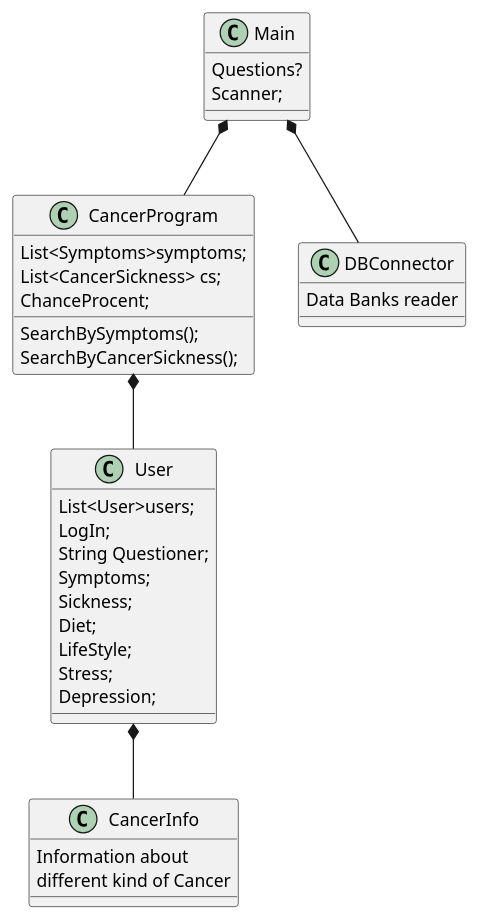
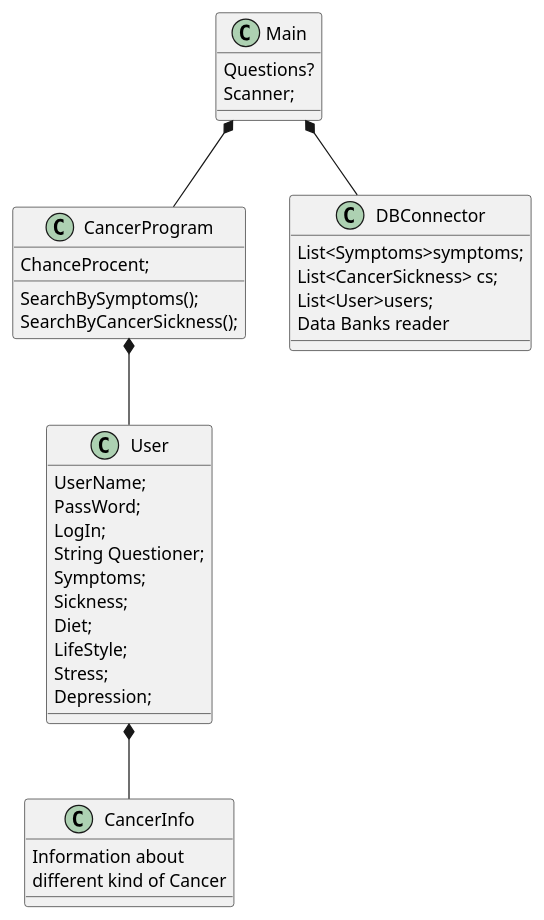
The diagram in src/ICE Gruppe F.puml (Fjumre/ICE-Gruppe-F), drawn with PlantUML before and after one commit.

Commit message:
Update ICE Gruppe F.puml

```diff
--- a/src/ICE Gruppe F.puml
+++ b/src/ICE Gruppe F.puml
@@ -1,46 +1,49 @@
 @startuml
 'https://plantuml.com/sequence-diagram
 
 
 
 Class Main{
 Questions?
 Scanner;
 }
 
 Class CancerProgram{
-List<Symptoms>symptoms;
-List<CancerSickness> cs;
+
 ChanceProcent;
 SearchBySymptoms();
 SearchByCancerSickness();
 }
 
 Class User{
-List<User>users;
+UserName;
+PassWord;
 LogIn;
 String Questioner;
 Symptoms;
 Sickness;
 Diet;
 LifeStyle;
 Stress;
 Depression;
 }
 
 Class CancerInfo{
 
 Information about
 different kind of Cancer
 }
 
 Class DBConnector{
+List<Symptoms>symptoms;
+List<CancerSickness> cs;
+List<User>users;
 Data Banks reader
 }
 
 Main *-- DBConnector
 Main *-- CancerProgram
 CancerProgram *-- User
 User *-- CancerInfo
 
 @enduml
```
